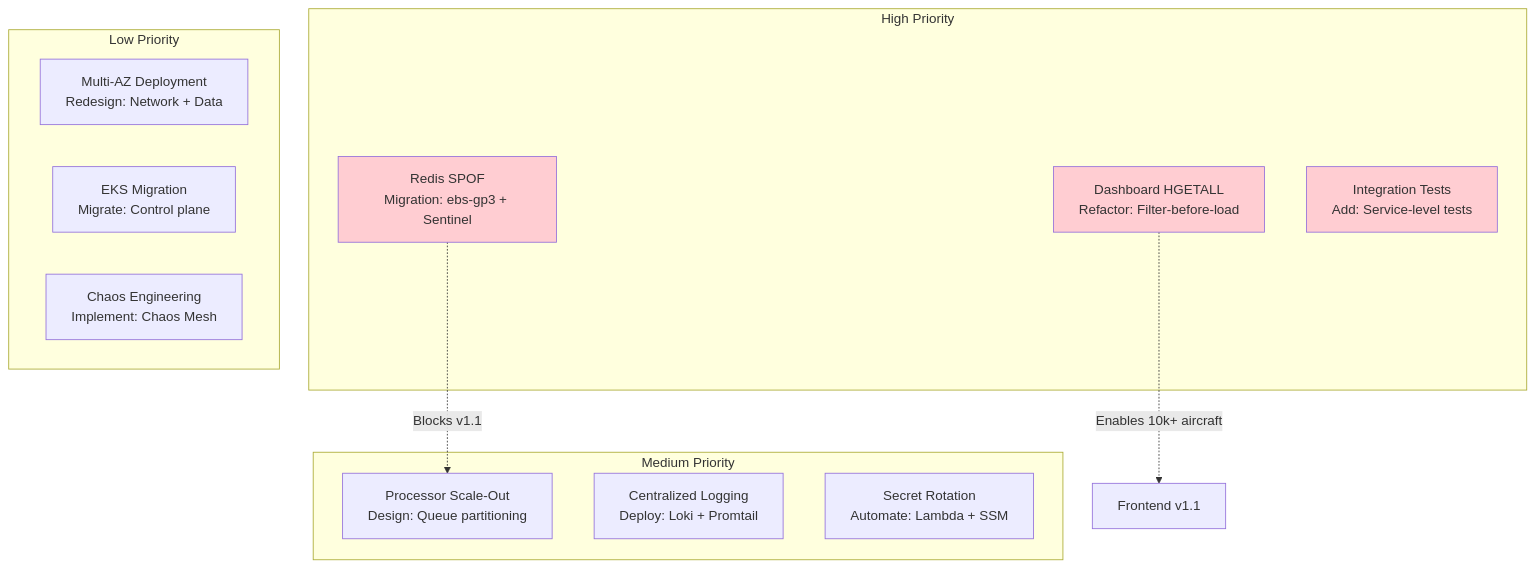
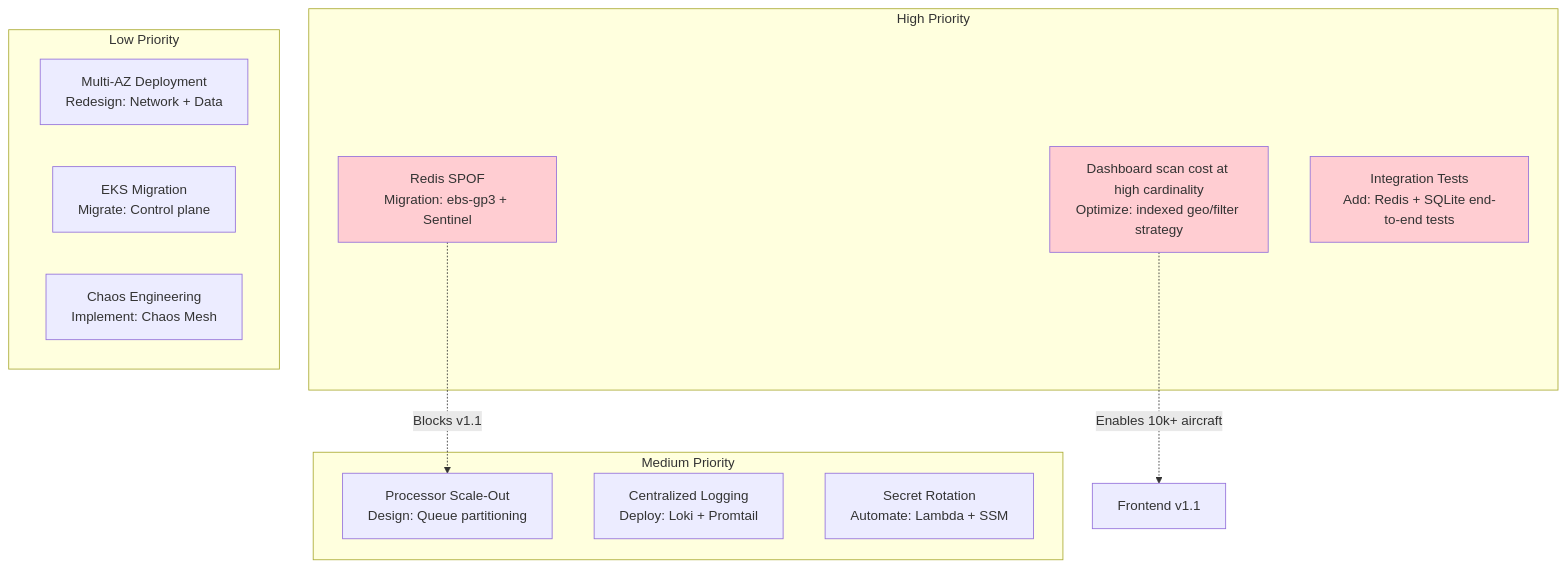
Diagram 27 of 28 in docs/architecture/technical-architecture-document.md (ClementV78/CloudRadar), drawn with Mermaid before and after one commit. The commit also changed other lines of this file and 1 other file, not shown here.

First line of the commit message:
docs(architecture): align technical architecture docs

````diff
--- a/docs/architecture/technical-architecture-document.md
+++ b/docs/architecture/technical-architecture-document.md
@@ -903,27 +934,27 @@
 ```mermaid
 graph TB
     subgraph "High Priority"
         TD1[Redis SPOF<br/>Migration: ebs-gp3 + Sentinel]
-        TD2[Dashboard HGETALL<br/>Refactor: Filter-before-load]
-        TD3[Integration Tests<br/>Add: Service-level tests]
+        TD2[Dashboard scan cost at high cardinality<br/>Optimize: indexed geo/filter strategy]
+        TD3[Integration Tests<br/>Add: Redis + SQLite end-to-end tests]
     end
 
     subgraph "Medium Priority"
         TD4[Processor Scale-Out<br/>Design: Queue partitioning]
         TD5[Centralized Logging<br/>Deploy: Loki + Promtail]
         TD6[Secret Rotation<br/>Automate: Lambda + SSM]
     end
 
     subgraph "Low Priority"
         TD7[Multi-AZ Deployment<br/>Redesign: Network + Data]
         TD8[EKS Migration<br/>Migrate: Control plane]
         TD9[Chaos Engineering<br/>Implement: Chaos Mesh]
     end
 
     TD1 -.->|Blocks v1.1| TD4
     TD2 -.->|Enables 10k+ aircraft| Frontend[Frontend v1.1]
 
     style TD1 fill:#ffcdd2
     style TD2 fill:#ffcdd2
     style TD3 fill:#ffcdd2
 ```
````
